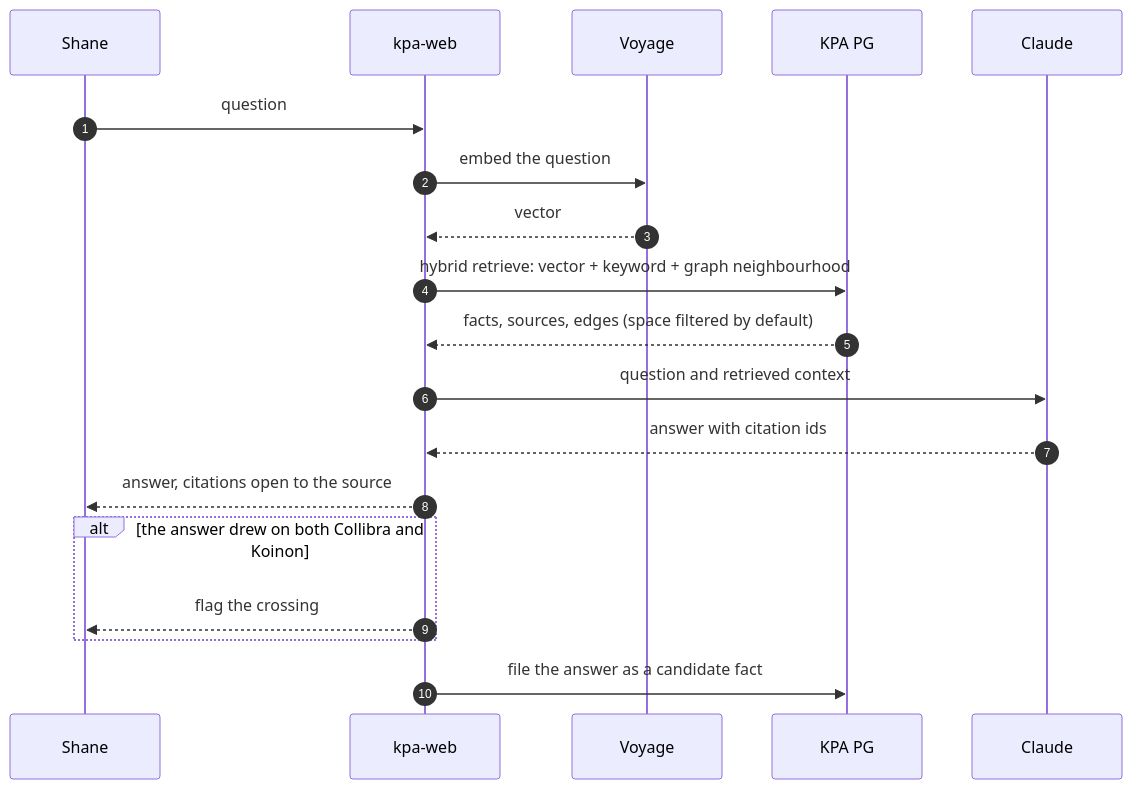
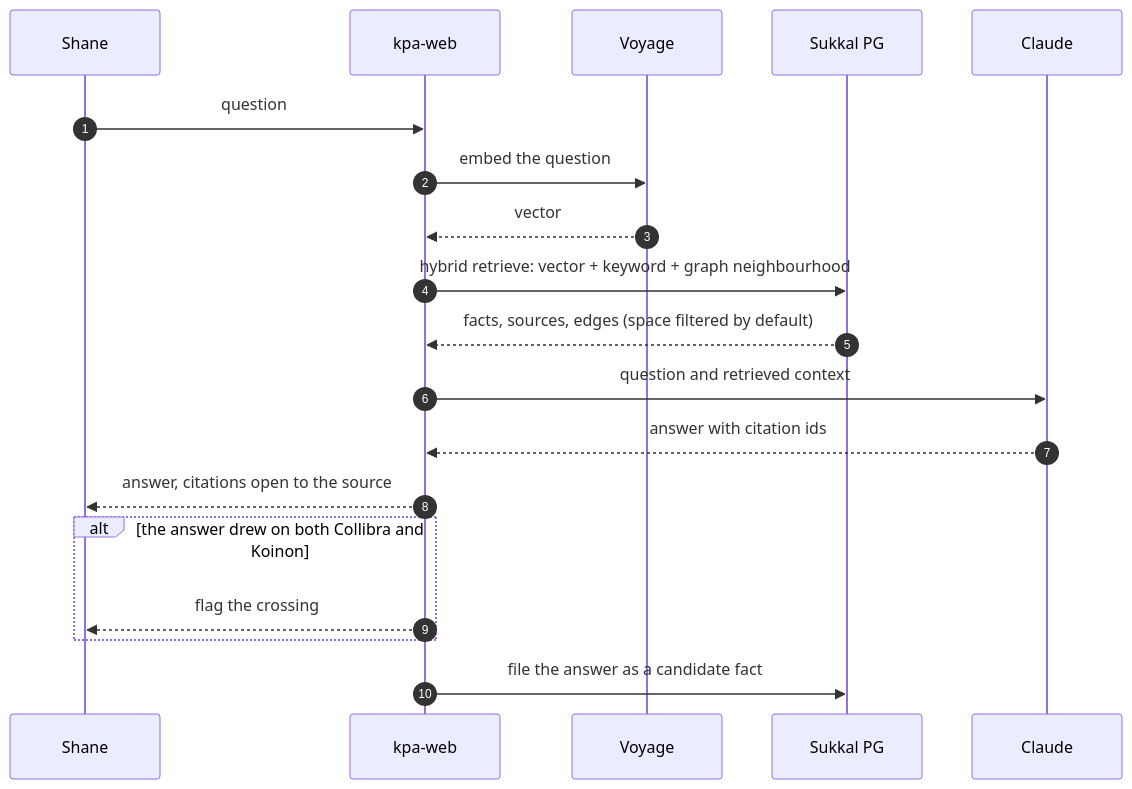
One commit to shanedolley/sukkal changed the fifth of 6 diagrams in docs/project-brief.md. Above: the diagram before and after it, drawn with Mermaid. The commit also changed other lines of this file and 64 other files, not shown here.

````diff
--- a/docs/project-brief.md
+++ b/docs/project-brief.md
@@ -746,22 +782,22 @@
 ```mermaid
 sequenceDiagram
   autonumber
   participant U as Shane
   participant Web as kpa-web
   participant V as Voyage
-  participant P as KPA PG
+  participant P as Sukkal PG
   participant L as Claude
 
   U->>Web: question
   Web->>V: embed the question
   V-->>Web: vector
   Web->>P: hybrid retrieve: vector + keyword + graph neighbourhood
   P-->>Web: facts, sources, edges (space filtered by default)
   Web->>L: question and retrieved context
   L-->>Web: answer with citation ids
   Web-->>U: answer, citations open to the source
   alt the answer drew on both Collibra and Koinon
     Web-->>U: flag the crossing
   end
   Web->>P: file the answer as a candidate fact
 ```
````
